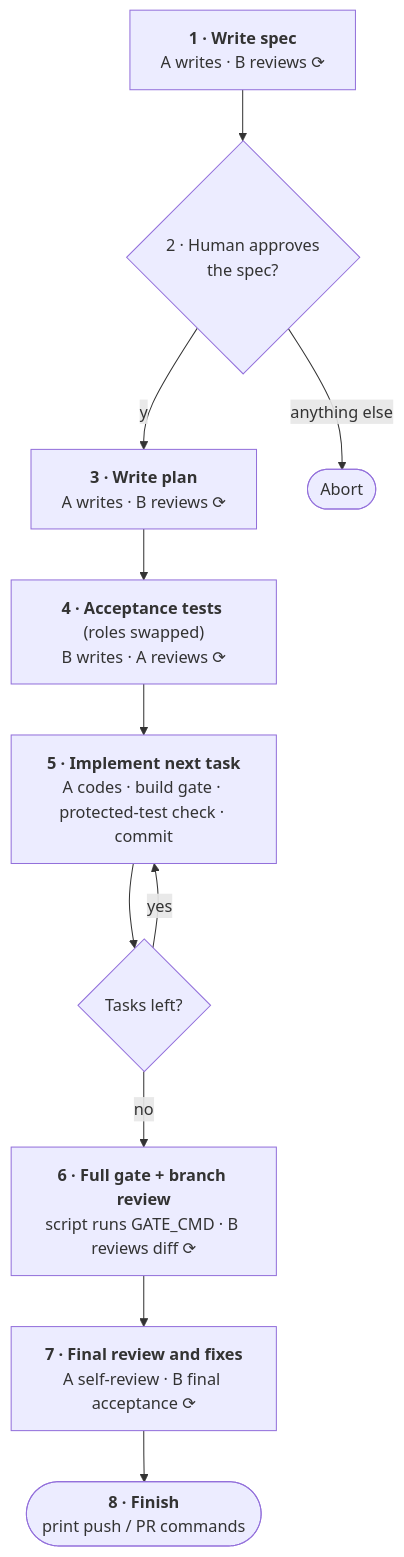
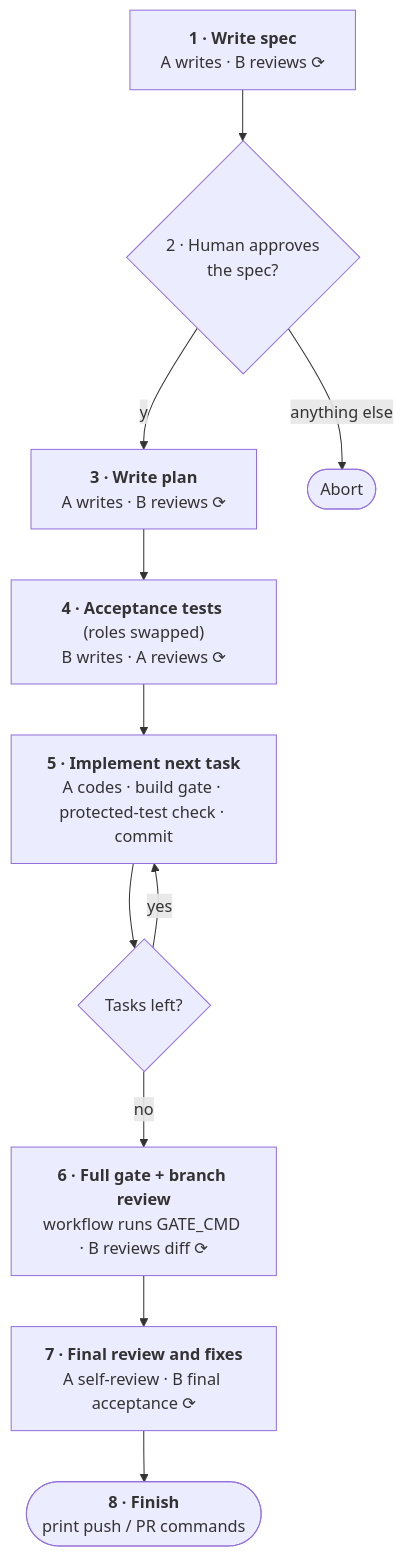
The first of 2 diagrams in README.md (yhchiu/adversarial-ai-coding), drawn with Mermaid before and after one commit. The commit also changed other lines of this file and 7 other files, not shown here.

````diff
--- a/README.md
+++ b/README.md
@@ -32,20 +32,20 @@
 ```mermaid
 flowchart TD
     spec["<b>1 · Write spec</b><br/>A writes · B reviews ⟳"]
     gate{"2 · Human approves<br/>the spec?"}
     plan["<b>3 · Write plan</b><br/>A writes · B reviews ⟳"]
     tests["<b>4 · Acceptance tests</b> (roles swapped)<br/>B writes · A reviews ⟳"]
     task["<b>5 · Implement next task</b><br/>A codes · build gate · protected-test check · commit"]
     more{"Tasks left?"}
-    branch["<b>6 · Full gate + branch review</b><br/>script runs GATE_CMD · B reviews diff ⟳"]
+    branch["<b>6 · Full gate + branch review</b><br/>workflow runs GATE_CMD · B reviews diff ⟳"]
     final["<b>7 · Final review and fixes</b><br/>A self-review · B final acceptance ⟳"]
     fin(["<b>8 · Finish</b><br/>print push / PR commands"])
     abort(["Abort"])
 
     spec --> gate
     gate -- "y" --> plan
     gate -- "anything else" --> abort
     plan --> tests --> task --> more
     more -- "yes" --> task
     more -- "no" --> branch --> final --> fin
 ```
````
